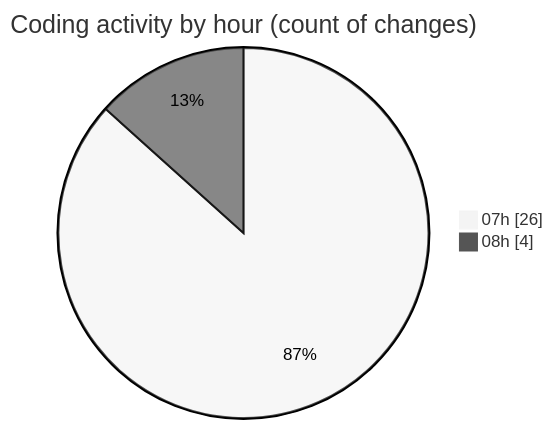
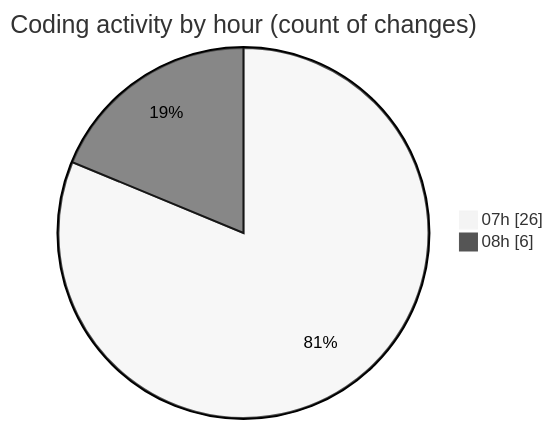
One commit to vahidmafi/code-tracking changed the second of 2 diagrams in 2025-10-04/shop/README.md. Above: the diagram before and after it, drawn with Mermaid (neutral theme). The commit also changed other lines of this file and 1 other file, not shown here.

````diff
--- a/2025-10-04/shop/README.md
+++ b/2025-10-04/shop/README.md
@@ -32,6 +32,6 @@
 ```mermaid
 pie showData
 title Coding activity by hour (count of changes)
 "07h" : 26
-"08h" : 4
+"08h" : 6
 ```
````
